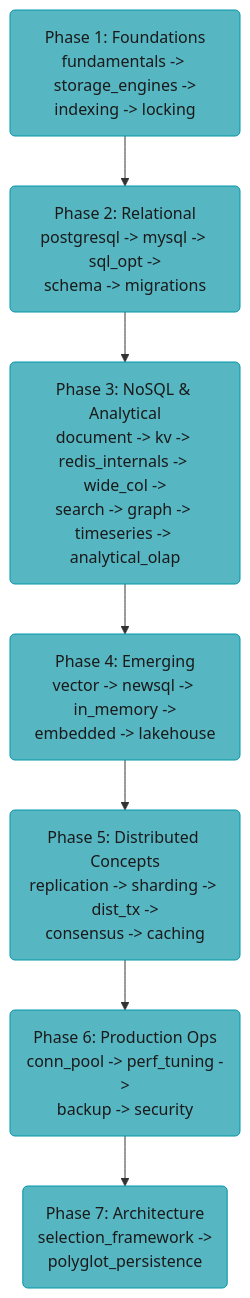
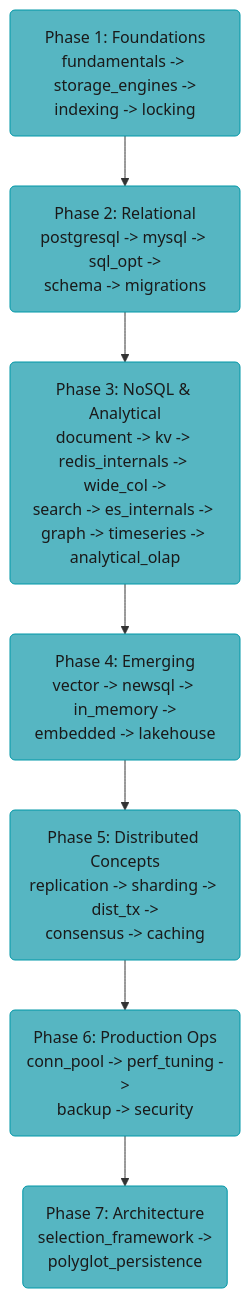
Before and after one commit to rppol/system-design: the diagram in src/main/java/com/rutik/systemdesign/database/README.md, drawn with Mermaid. The commit also changed other lines of this file and 62 other files, not shown here.

````diff
--- a/src/main/java/com/rutik/systemdesign/database/README.md
+++ b/src/main/java/com/rutik/systemdesign/database/README.md
@@ -111,22 +110,22 @@
 ```mermaid
 flowchart TD
     classDef io      fill:#61afef,stroke:#2e86c1,color:#1a1a1a,font-weight:bold
     classDef frozen  fill:#c678dd,stroke:#9b59b6,color:#fff
     classDef train   fill:#98c379,stroke:#27ae60,color:#1a1a1a
     classDef mathOp  fill:#d19a66,stroke:#e67e22,color:#1a1a1a,font-weight:bold
     classDef lossN   fill:#e06c75,stroke:#c0392b,color:#fff,font-weight:bold
     classDef req     fill:#56b6c2,stroke:#0097a7,color:#1a1a1a
     classDef base    fill:#e5c07b,stroke:#f39c12,color:#1a1a1a
 
     p1("Phase 1: Foundations<br/>fundamentals -&gt; storage_engines -&gt;<br/>indexing -&gt; locking")
     p2("Phase 2: Relational<br/>postgresql -&gt; mysql -&gt; sql_opt -&gt;<br/>schema -&gt; migrations")
-    p3("Phase 3: NoSQL &amp; Analytical<br/>document -&gt; kv -&gt; redis_internals -&gt; wide_col -&gt;<br/>search -&gt; graph -&gt; timeseries -&gt; analytical_olap")
+    p3("Phase 3: NoSQL &amp; Analytical<br/>document -&gt; kv -&gt; redis_internals -&gt; wide_col -&gt;<br/>search -&gt; es_internals -&gt; graph -&gt; timeseries -&gt; analytical_olap")
     p4("Phase 4: Emerging<br/>vector -&gt; newsql -&gt; in_memory -&gt;<br/>embedded -&gt; lakehouse")
     p5("Phase 5: Distributed Concepts<br/>replication -&gt; sharding -&gt; dist_tx -&gt;<br/>consensus -&gt; caching")
     p6("Phase 6: Production Ops<br/>conn_pool -&gt; perf_tuning -&gt;<br/>backup -&gt; security")
     p7("Phase 7: Architecture<br/>selection_framework -&gt;<br/>polyglot_persistence")
 
     p1 --> p2 --> p3 --> p4 --> p5 --> p6 --> p7
 
     class p1,p2,p3,p4,p5,p6,p7 req
 ```
````
